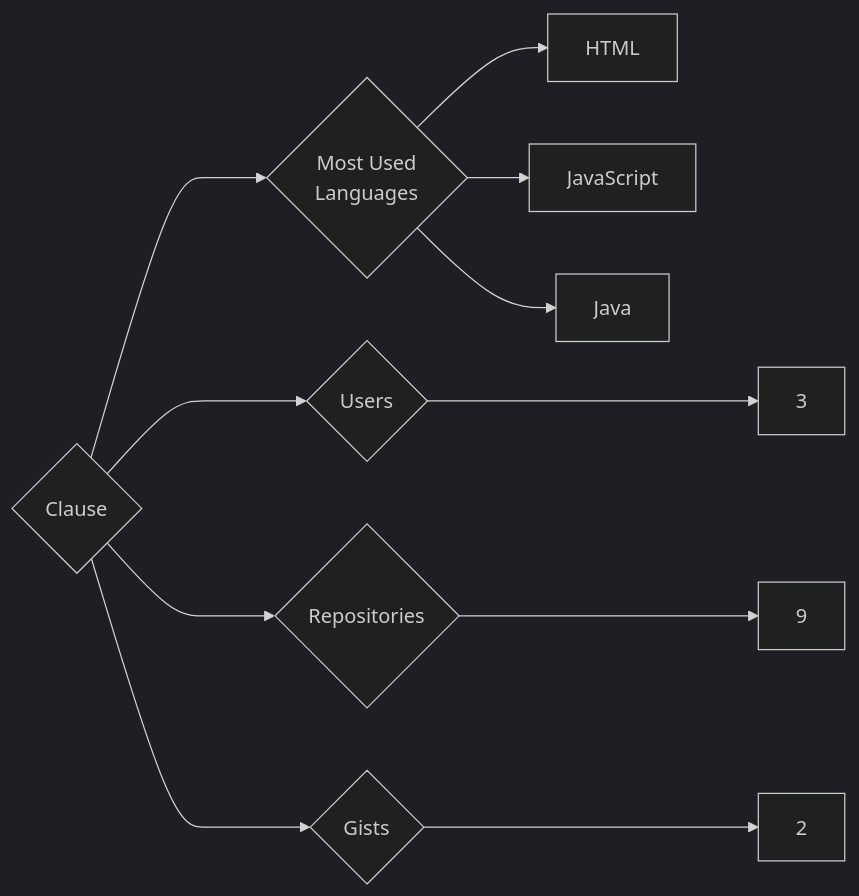
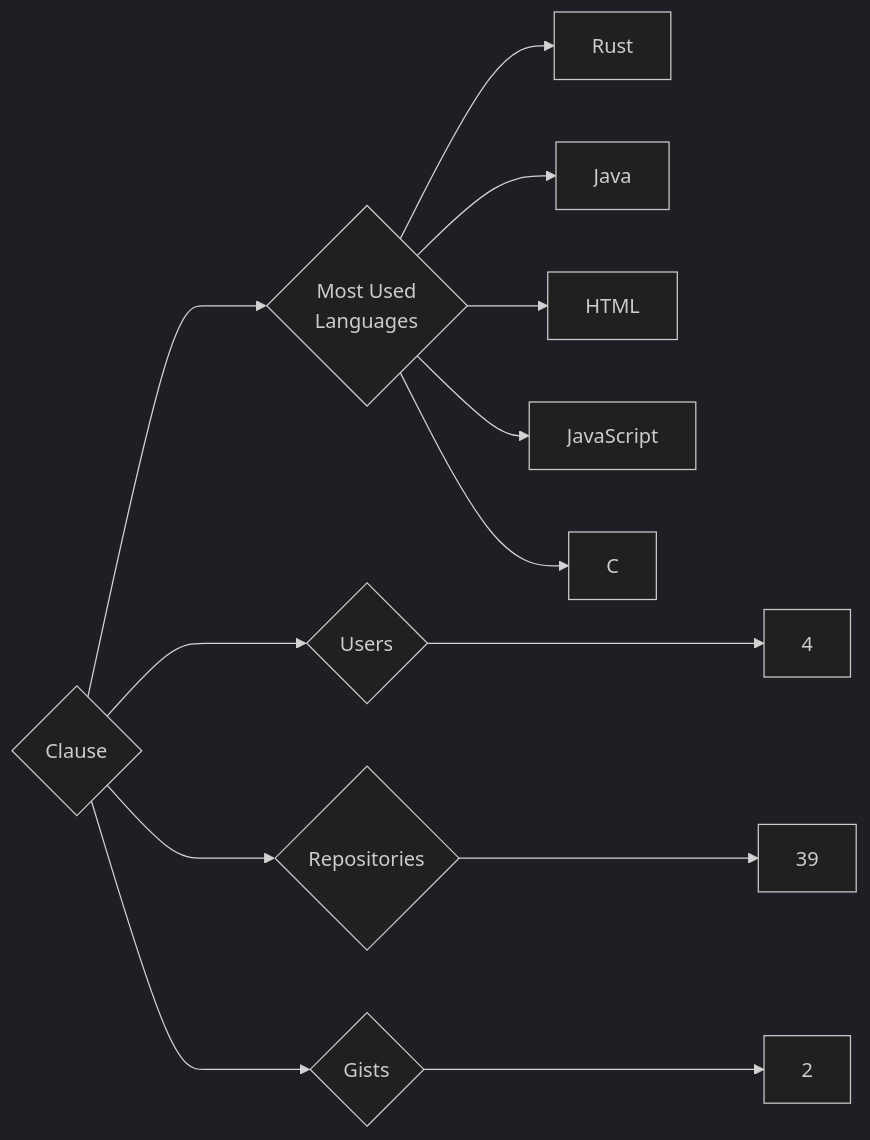
One commit to trickest/insiders changed the diagram in targets/Clause/README.md. Above: the diagram before and after it, drawn with Mermaid (dark theme). The commit also changed 965 other files, not shown here.

````diff
--- a/targets/Clause/README.md
+++ b/targets/Clause/README.md
@@ -3,11 +3,13 @@
 ```mermaid
 graph LR
 COMPANY_NAME{Clause}
-COMPANY_NAME ---> U{Users} ---> UN[3]
-COMPANY_NAME ---> R{Repositories} ---> RN[9]
+COMPANY_NAME ---> U{Users} ---> UN[4]
+COMPANY_NAME ---> R{Repositories} ---> RN[39]
 COMPANY_NAME ---> G{Gists} ---> GN[2]
 COMPANY_NAME ---> ML{Most Used<br>Languages}
+ML --> Rust[Rust]
+ML --> Java[Java]
 ML --> HTML[HTML]
 ML --> JavaScript[JavaScript]
-ML --> Java[Java]
+ML --> C[C]
 ```
````
